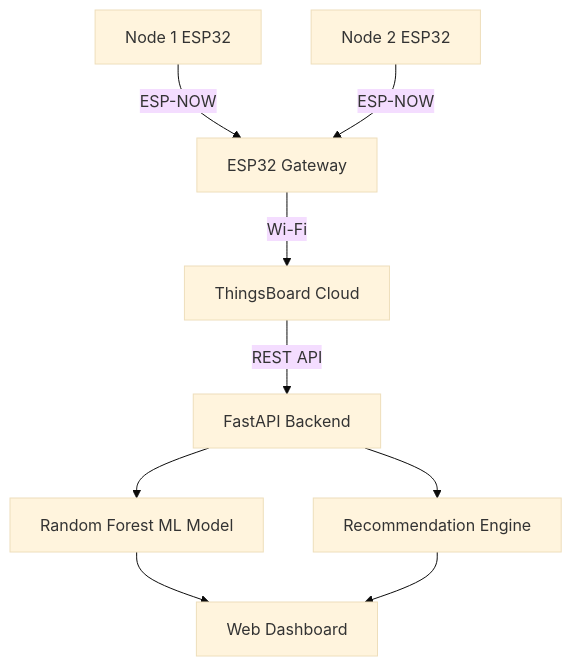
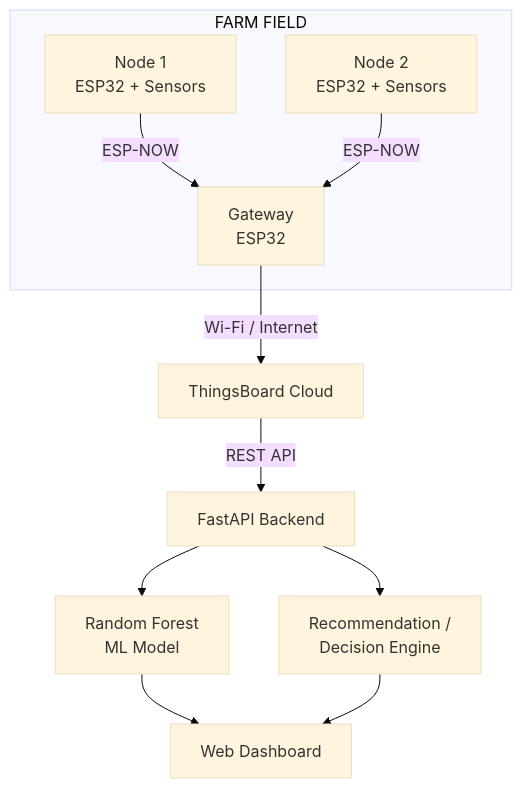
The first of 13 diagrams in README.md (Umar-Jahangir/Smart-Soil-Fertility-Monitoring-and-Recommendation-System-Using-IoT-and-AI), drawn with Mermaid (base theme) before and after one commit. The commit also changed other lines of this file, not shown here.

````diff
--- a/README.md
+++ b/README.md
@@ -116,20 +157,17 @@
-```mermaid
-flowchart TD
-    N1["Node 1 ESP32"]
-    N2["Node 2 ESP32"]
-    GW["ESP32 Gateway"]
-    TB["ThingsBoard Cloud"]
-    API["FastAPI Backend"]
-    ML["Random Forest ML Model"]
-    REC["Recommendation Engine"]
-    UI["Web Dashboard"]
+``` mermaid
+flowchart TB
+    subgraph FARM["FARM FIELD"]
+        N1["Node 1<br/>ESP32 + Sensors"]
+        N2["Node 2<br/>ESP32 + Sensors"]
+        GW["Gateway<br/>ESP32"]
+    end
 
-    N1 -->|ESP-NOW| GW
-    N2 -->|ESP-NOW| GW
-    GW -->|Wi-Fi| TB
-    TB -->|REST API| API
-    API --> ML
-    API --> REC
-    ML --> UI
-    REC --> UI
+    N1 -->|"ESP-NOW"| GW
+    N2 -->|"ESP-NOW"| GW
+    GW -->|"Wi-Fi / Internet"| TB["ThingsBoard Cloud"]
+    TB -->|"REST API"| API["FastAPI Backend"]
+    API --> ML["Random Forest<br/>ML Model"]
+    API --> RE["Recommendation /<br/>Decision Engine"]
+    ML --> DASH["Web Dashboard"]
+    RE --> DASH
 ```
````
